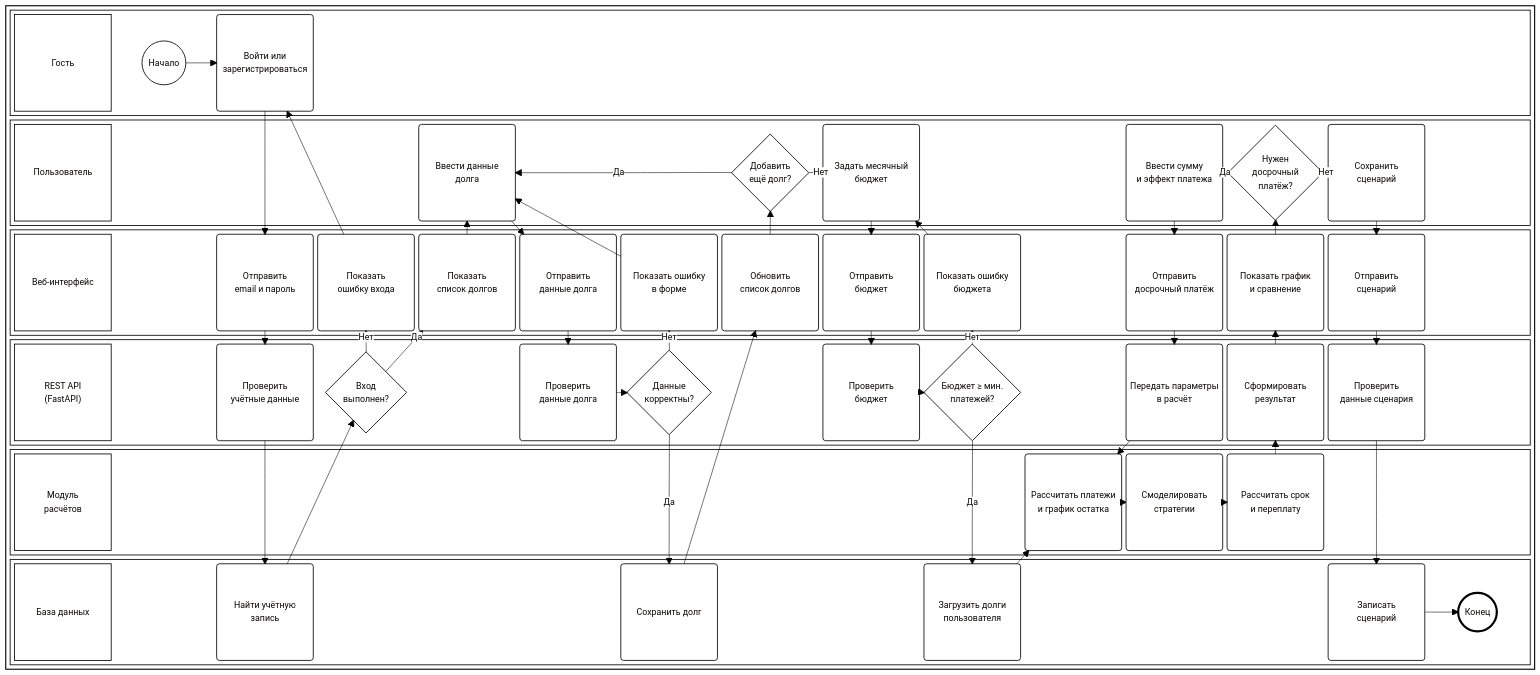
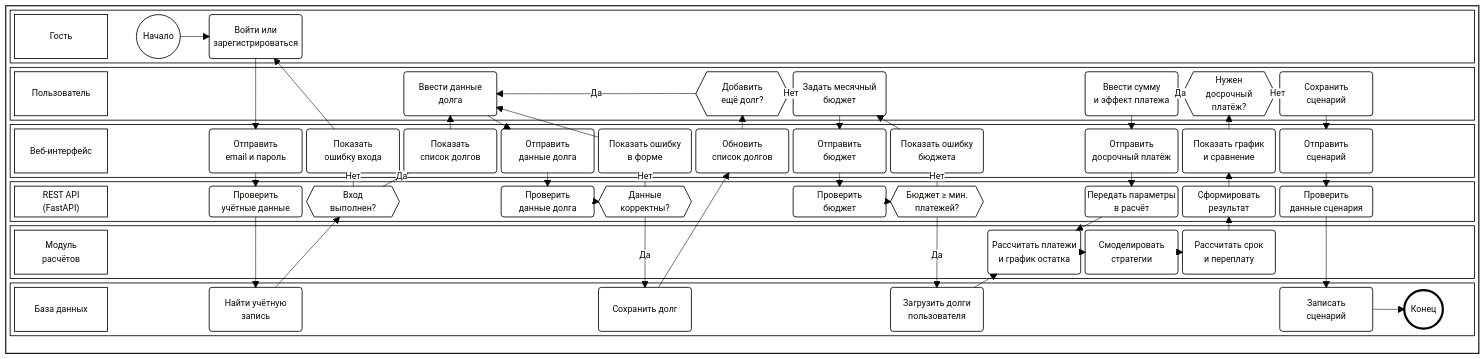
Before and after one commit to NE4EL/DebtFree: the fifth of 6 diagrams in README.md, drawn with Mermaid.

```diff
--- a/README.md
+++ b/README.md
@@ -225,8 +225,8 @@
     block:LN2
       columns 15
       LB2["Пользователь"] space space space U1("Ввести данные<br/>долга")
-      space space G3{"Добавить<br/>ещё долг?"} U2("Задать месячный<br/>бюджет") space
-      space U5("Ввести сумму<br/>и эффект платежа") G5{"Нужен<br/>досрочный<br/>платёж?"} U6("Сохранить<br/>сценарий") space
+      space space G3{{"Добавить<br/>ещё долг?"}} U2("Задать месячный<br/>бюджет") space
+      space U5("Ввести сумму<br/>и эффект платежа") G5{{"Нужен<br/>досрочный<br/>платёж?"}} U6("Сохранить<br/>сценарий") space
     end
 
     %% Дорожка 3: Веб-интерфейс
@@ -240,8 +240,8 @@
     %% Дорожка 4: REST API (FastAPI)
     block:LN4
       columns 15
-      LB4["REST API<br/>(FastAPI)"] space T3("Проверить<br/>учётные данные") G1{"Вход<br/>выполнен?"} space
-      V1("Проверить<br/>данные долга") G2{"Данные<br/>корректны?"} space V2("Проверить<br/>бюджет") G4{"Бюджет ≥ мин.<br/>платежей?"}
+      LB4["REST API<br/>(FastAPI)"] space T3("Проверить<br/>учётные данные") G1{{"Вход<br/>выполнен?"}} space
+      V1("Проверить<br/>данные долга") G2{{"Данные<br/>корректны?"}} space V2("Проверить<br/>бюджет") G4{{"Бюджет ≥ мин.<br/>платежей?"}}
       space V3("Передать параметры<br/>в расчёт") A1("Сформировать<br/>результат") V4("Проверить<br/>данные сценария") space
     end
 
```
